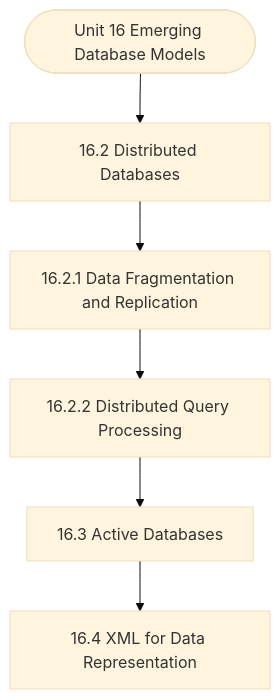
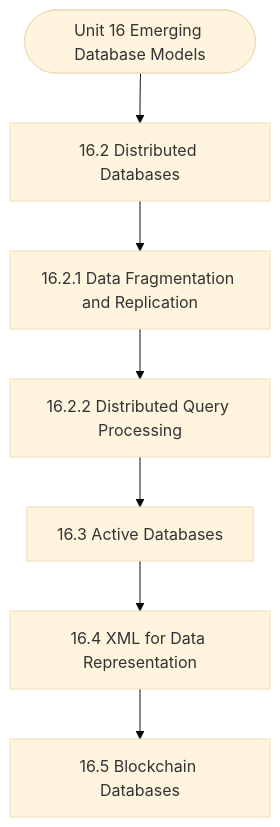
Before and after one commit to Asutosh-Coaching/mscdsa: the diagram in notes/Semester_1/MCS-207_Database_Management_Systems/unit_16_Emerging_Database_Models.md, drawn with Mermaid (base theme). The commit also changed other lines of this file and 116 other files, not shown here.

````diff
--- a/notes/Semester_1/MCS-207_Database_Management_Systems/unit_16_Emerging_Database_Models.md
+++ b/notes/Semester_1/MCS-207_Database_Management_Systems/unit_16_Emerging_Database_Models.md
@@ -19,14 +19,16 @@
 ```mermaid
 flowchart TD
   Start(["Unit 16 Emerging Database Models"])
   N1["16.2 Distributed Databases"]
   N2["16.2.1 Data Fragmentation and Replication"]
   N3["16.2.2 Distributed Query Processing"]
   N4["16.3 Active Databases"]
   N5["16.4 XML for Data Representation"]
+  N6["16.5 Blockchain Databases"]
   Start --> N1
   N1 --> N2
   N2 --> N3
   N3 --> N4
   N4 --> N5
+  N5 --> N6
 ```
````
